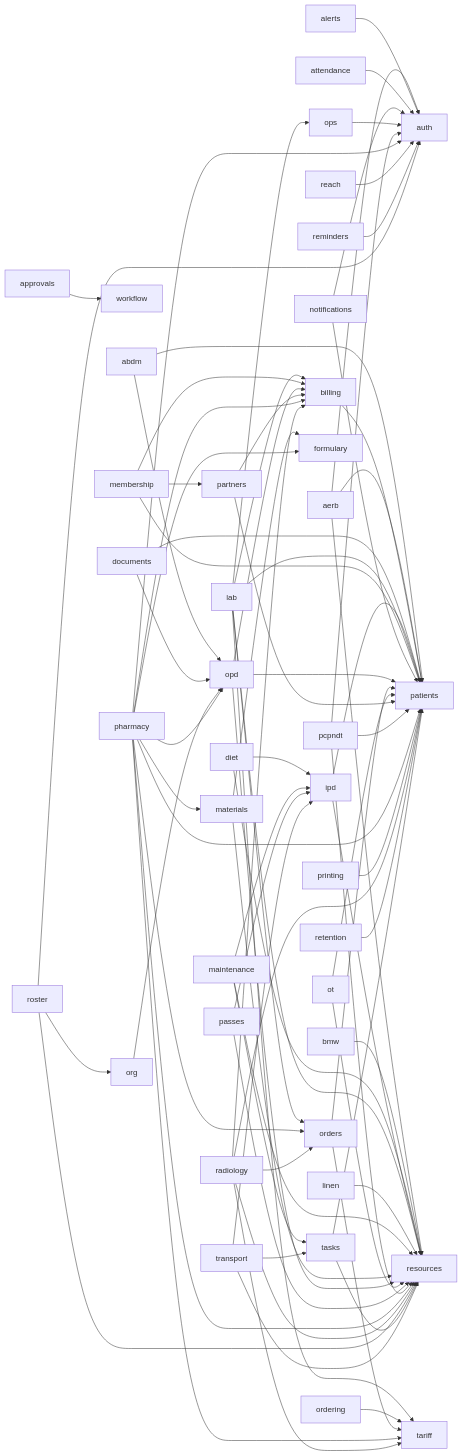
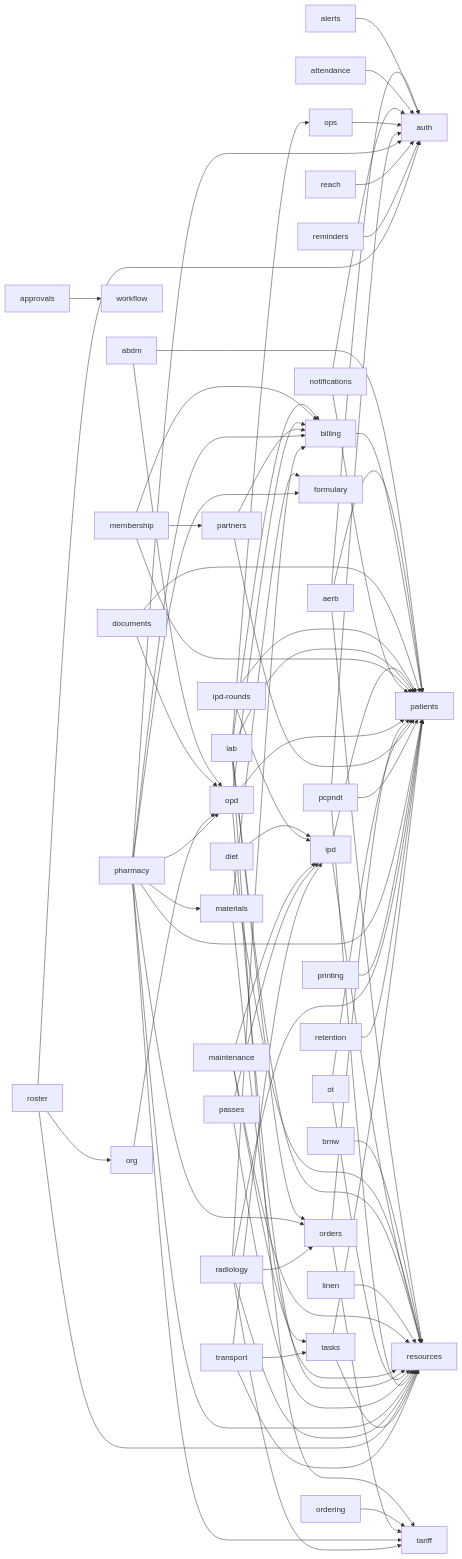
Before and after one commit to ankits3a/hims-hmis: the diagram in docs/architecture/schema.md, drawn with Mermaid. The commit also changed other lines of this file and 3 other files, not shown here.

First line of the commit message:
docs(ipd-stage): regenerate the architecture map after ipd-rounds

````diff
--- a/docs/architecture/schema.md
+++ b/docs/architecture/schema.md
@@ -13,79 +13,81 @@
 ```mermaid
 flowchart LR
   abdm[abdm] --> opd[opd]
   abdm[abdm] --> patients[patients]
   aerb[aerb] --> auth[auth]
   aerb[aerb] --> patients[patients]
   aerb[aerb] --> resources[resources]
   alerts[alerts] --> auth[auth]
   approvals[approvals] --> workflow[workflow]
   attendance[attendance] --> auth[auth]
   billing[billing] --> patients[patients]
   bmw[bmw] --> resources[resources]
   diet[diet] --> ipd[ipd]
   diet[diet] --> resources[resources]
   documents[documents] --> opd[opd]
   documents[documents] --> patients[patients]
+  ipd_rounds[ipd-rounds] --> ipd[ipd]
+  ipd_rounds[ipd-rounds] --> patients[patients]
   ipd[ipd] --> patients[patients]
   ipd[ipd] --> resources[resources]
   lab[lab] --> billing[billing]
   lab[lab] --> ops[ops]
   lab[lab] --> orders[orders]
   lab[lab] --> patients[patients]
   lab[lab] --> resources[resources]
   lab[lab] --> tariff[tariff]
   linen[linen] --> resources[resources]
   maintenance[maintenance] --> ipd[ipd]
   maintenance[maintenance] --> resources[resources]
   maintenance[maintenance] --> tasks[tasks]
   materials[materials] --> formulary[formulary]
   materials[materials] --> resources[resources]
   membership[membership] --> billing[billing]
   membership[membership] --> partners[partners]
   membership[membership] --> patients[patients]
   notifications[notifications] --> auth[auth]
   notifications[notifications] --> patients[patients]
   opd[opd] --> billing[billing]
   opd[opd] --> patients[patients]
   opd[opd] --> resources[resources]
   ops[ops] --> auth[auth]
   ordering[ordering] --> tariff[tariff]
   orders[orders] --> patients[patients]
   orders[orders] --> tariff[tariff]
   org[org] --> opd[opd]
   ot[ot] --> patients[patients]
   ot[ot] --> resources[resources]
   partners[partners] --> billing[billing]
   partners[partners] --> patients[patients]
   passes[passes] --> ipd[ipd]
   passes[passes] --> resources[resources]
   pcpndt[pcpndt] --> auth[auth]
   pcpndt[pcpndt] --> patients[patients]
   pcpndt[pcpndt] --> resources[resources]
   pharmacy[pharmacy] --> auth[auth]
   pharmacy[pharmacy] --> billing[billing]
   pharmacy[pharmacy] --> formulary[formulary]
   pharmacy[pharmacy] --> materials[materials]
   pharmacy[pharmacy] --> opd[opd]
   pharmacy[pharmacy] --> orders[orders]
   pharmacy[pharmacy] --> patients[patients]
   pharmacy[pharmacy] --> resources[resources]
   pharmacy[pharmacy] --> tariff[tariff]
   printing[printing] --> patients[patients]
   radiology[radiology] --> billing[billing]
   radiology[radiology] --> orders[orders]
   radiology[radiology] --> patients[patients]
   radiology[radiology] --> resources[resources]
   radiology[radiology] --> tariff[tariff]
   reach[reach] --> auth[auth]
   reminders[reminders] --> auth[auth]
   retention[retention] --> patients[patients]
   roster[roster] --> auth[auth]
   roster[roster] --> org[org]
   roster[roster] --> resources[resources]
   tasks[tasks] --> patients[patients]
   tasks[tasks] --> resources[resources]
   transport[transport] --> ipd[ipd]
   transport[transport] --> resources[resources]
   transport[transport] --> tasks[tasks]
 ```
````
